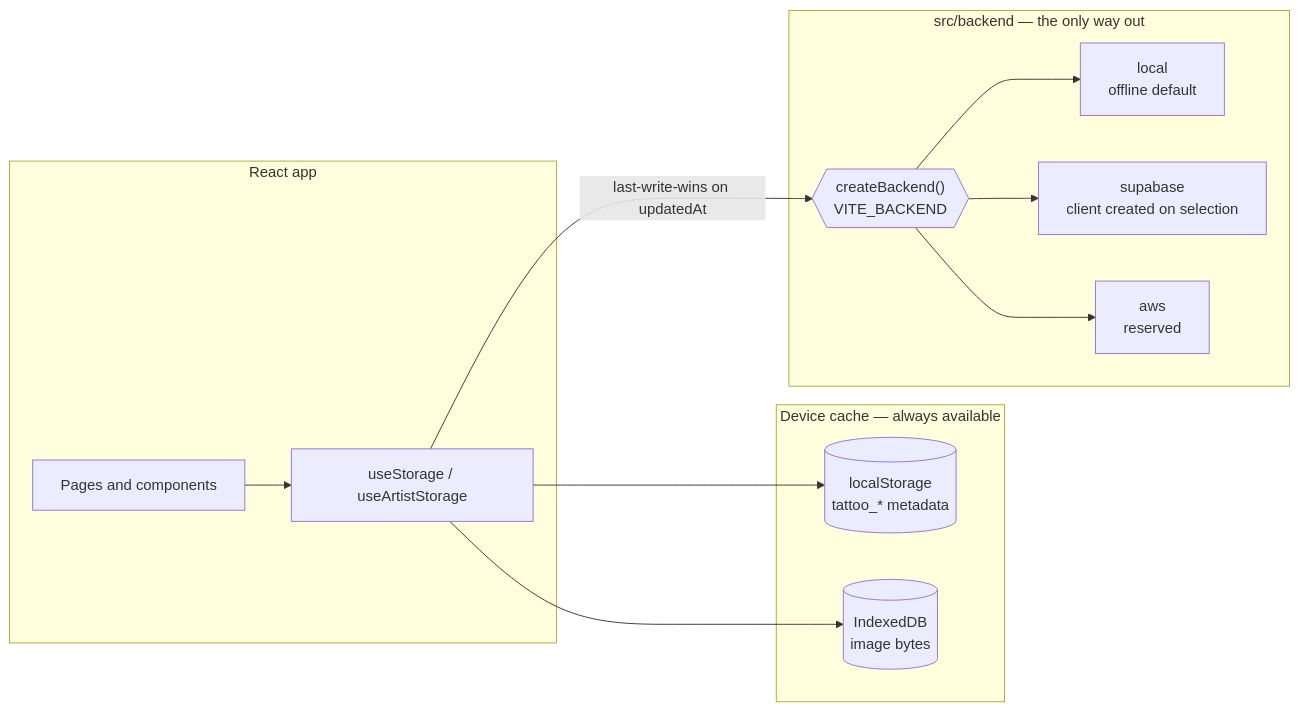
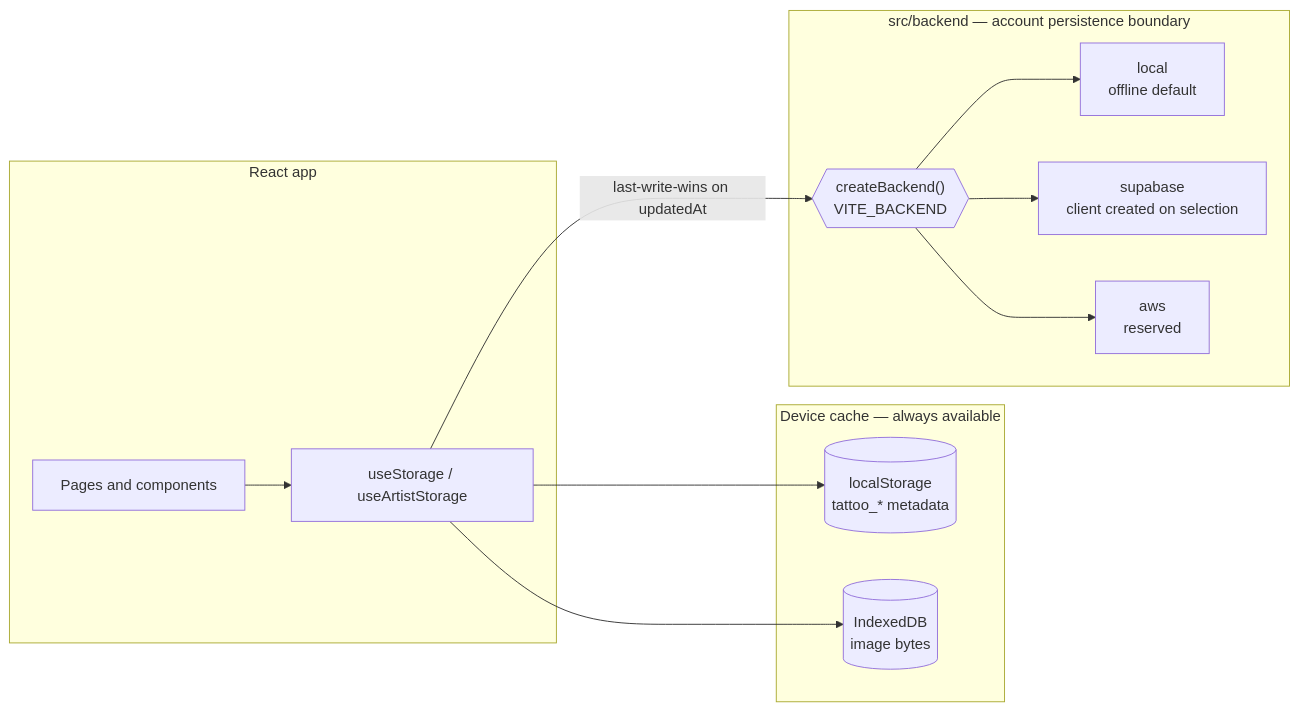
One commit to Pritesh1980/sable changed the second of 11 diagrams in docs/ARCHITECTURE.md. Above: the diagram before and after it, drawn with Mermaid. The commit also changed other lines of this file and 3 other files, not shown here.

````diff
--- a/docs/ARCHITECTURE.md
+++ b/docs/ARCHITECTURE.md
@@ -70,24 +78,24 @@
 ```mermaid
 flowchart LR
   subgraph APP["React app"]
     UI["Pages and components"]
     HOOKS["useStorage / useArtistStorage"]
   end
   subgraph CACHE["Device cache — always available"]
     LS[("localStorage<br/>tattoo_* metadata")]
     IDB[("IndexedDB<br/>image bytes")]
   end
-  subgraph BE["src/backend — the only way out"]
+  subgraph BE["src/backend — account persistence boundary"]
     SEAM{{"createBackend()<br/>VITE_BACKEND"}}
     L["local<br/>offline default"]
     S["supabase<br/>client created on selection"]
     A["aws<br/>reserved"]
   end
   UI --> HOOKS
   HOOKS --> LS
   HOOKS --> IDB
   HOOKS -- "last-write-wins on updatedAt" --> SEAM
   SEAM --> L
   SEAM --> S
   SEAM --> A
 ```
````
